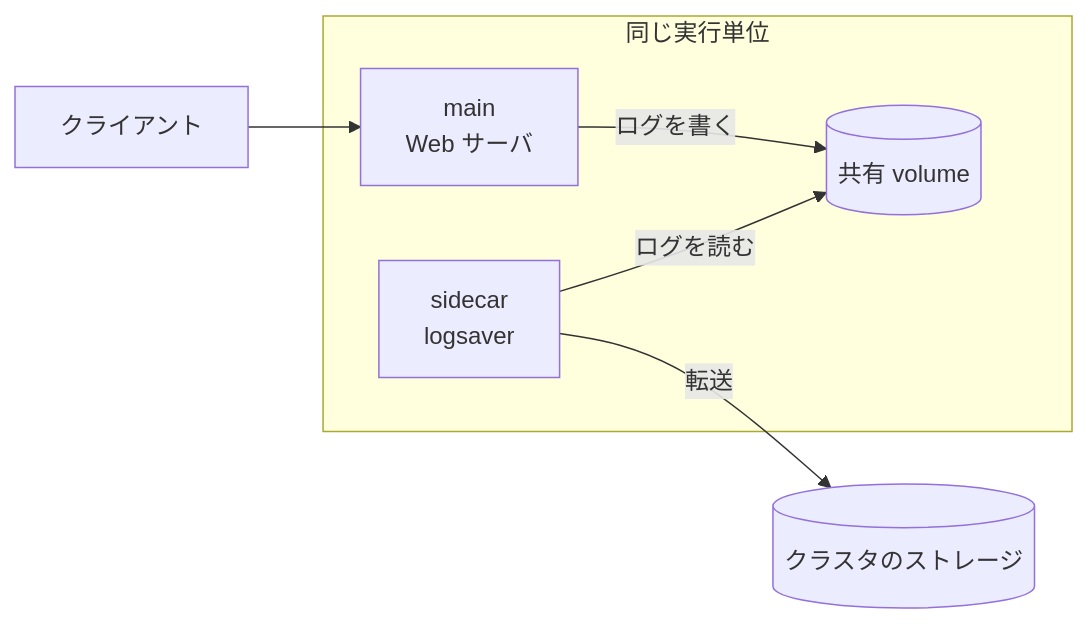
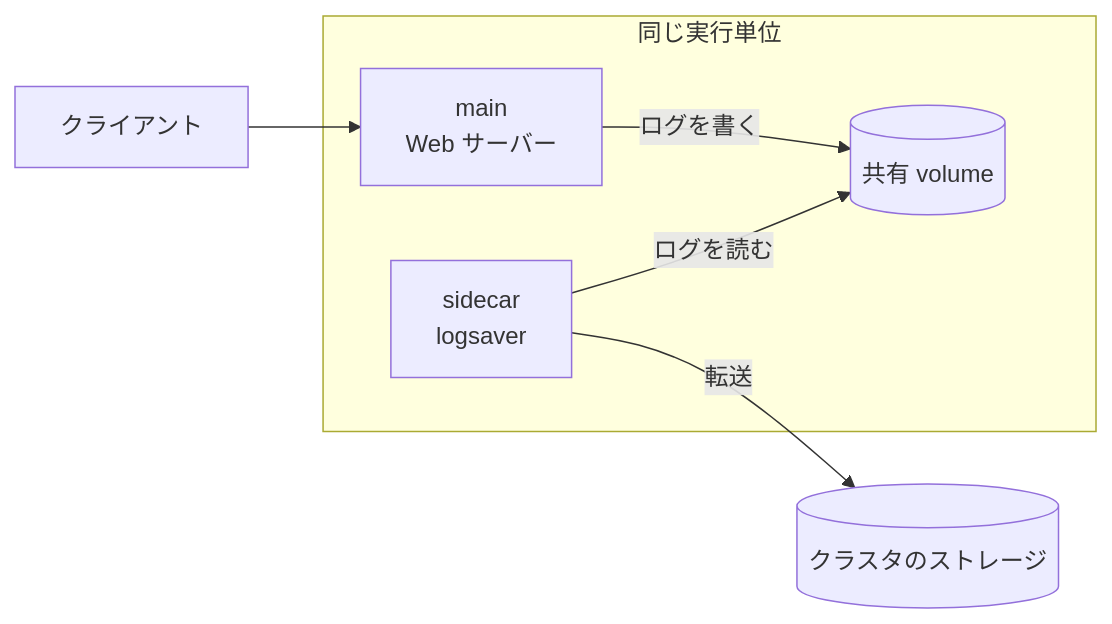
One commit to nao1215/debimate changed the first of 4 diagrams in content/notes/software-architecture/sidecar/index.md. Above: the diagram before and after it, drawn with Mermaid. The commit also changed other lines of this file and 56 other files, not shown here.

````diff
--- a/content/notes/software-architecture/sidecar/index.md
+++ b/content/notes/software-architecture/sidecar/index.md
@@ -18,12 +18,12 @@
 ```mermaid
 flowchart LR
     C["クライアント"] --> W
     subgraph UNIT["同じ実行単位"]
-        W["main<br/>Web サーバ"]
+        W["main<br/>Web サーバー"]
         L["sidecar<br/>logsaver"]
         V[("共有 volume")]
         W -- ログを書く --> V
         L -- ログを読む --> V
     end
     L -- 転送 --> S[("クラスタのストレージ")]
 ```
````
